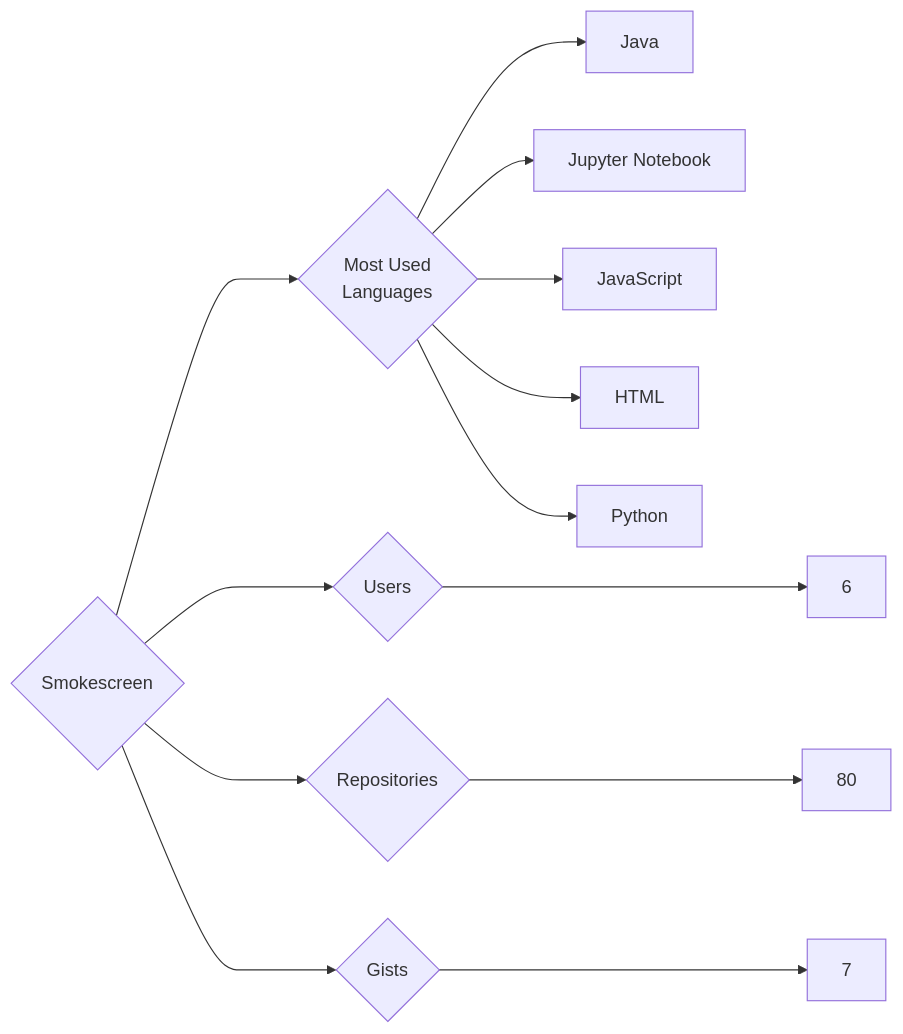
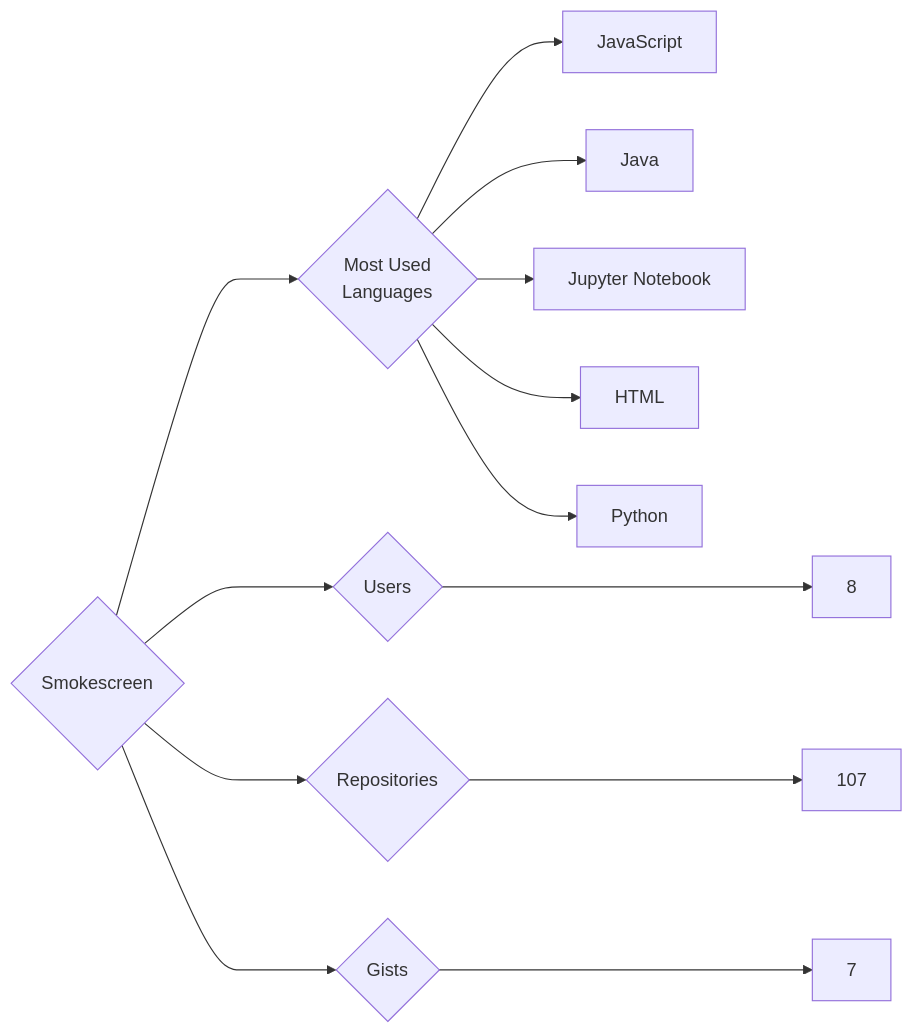
One commit to trickest/insiders changed the diagram in targets/Smokescreen/README.md. Above: the diagram before and after it, drawn with Mermaid. The commit also changed 1484 other files, not shown here.

````diff
--- a/targets/Smokescreen/README.md
+++ b/targets/Smokescreen/README.md
@@ -3,13 +3,13 @@
 ```mermaid
 graph LR
 COMPANY_NAME{Smokescreen}
-COMPANY_NAME ---> U{Users} ---> UN[6]
-COMPANY_NAME ---> R{Repositories} ---> RN[80]
+COMPANY_NAME ---> U{Users} ---> UN[8]
+COMPANY_NAME ---> R{Repositories} ---> RN[107]
 COMPANY_NAME ---> G{Gists} ---> GN[7]
 COMPANY_NAME ---> ML{Most Used<br>Languages}
+ML --> JavaScript[JavaScript]
 ML --> Java[Java]
 ML --> Jupyter_Notebook[Jupyter Notebook]
-ML --> JavaScript[JavaScript]
 ML --> HTML[HTML]
 ML --> Python[Python]
 ```
````
